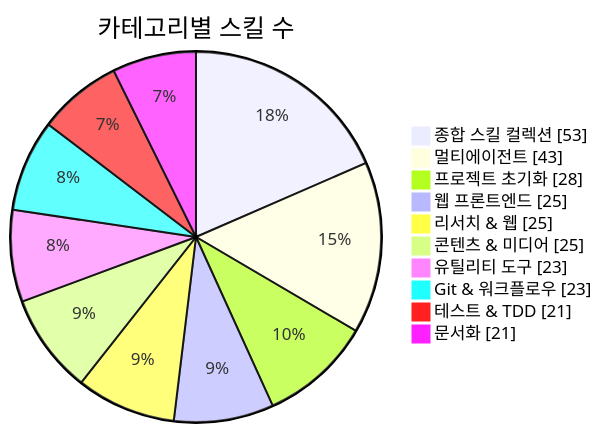
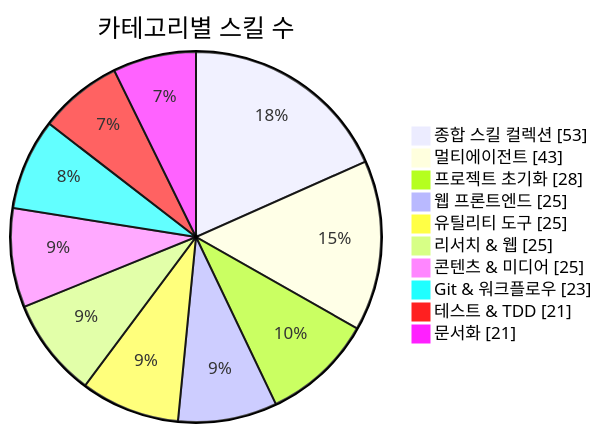
One commit to J-nowcow/awesome-korean-agent-skills changed the first of 3 diagrams in README.md. Above: the diagram before and after it, drawn with Mermaid. The commit also changed other lines of this file and 3 other files, not shown here.

````diff
--- a/README.md
+++ b/README.md
@@ -176,14 +176,14 @@
 ```mermaid
 pie showData
     title 카테고리별 스킬 수
     "종합 스킬 컬렉션" : 53
     "멀티에이전트" : 43
     "프로젝트 초기화" : 28
     "웹 프론트엔드" : 25
+    "유틸리티 도구" : 25
     "리서치 & 웹" : 25
     "콘텐츠 & 미디어" : 25
-    "유틸리티 도구" : 23
     "Git & 워크플로우" : 23
     "테스트 & TDD" : 21
     "문서화" : 21
 ```
````
